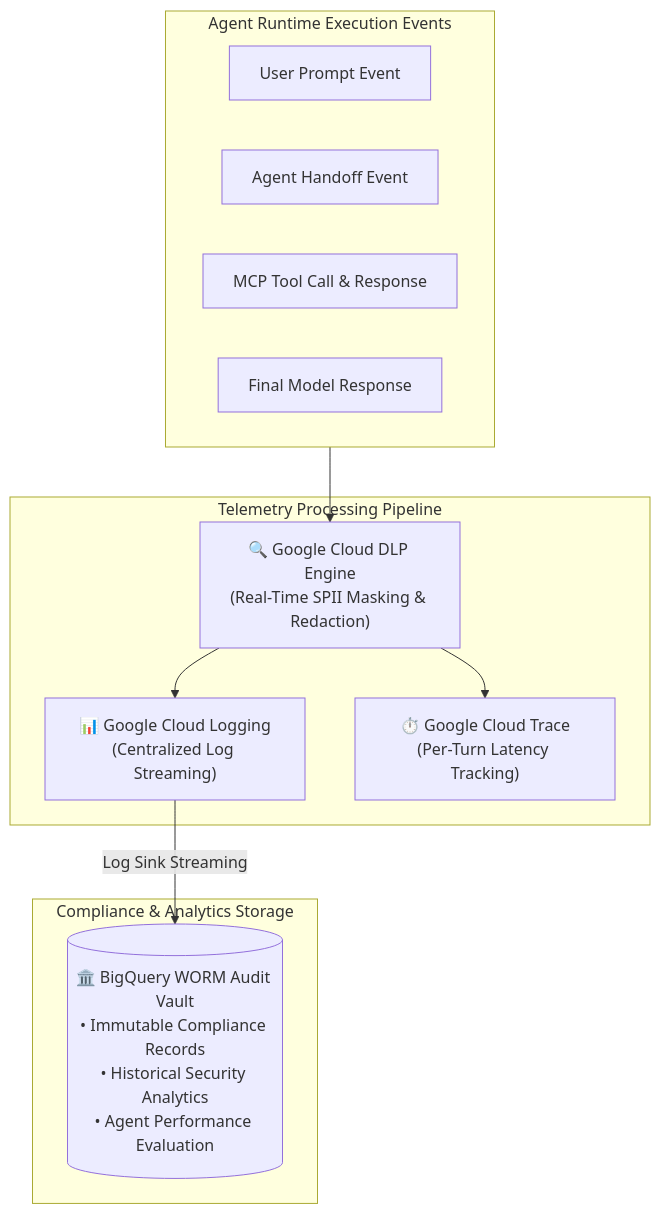
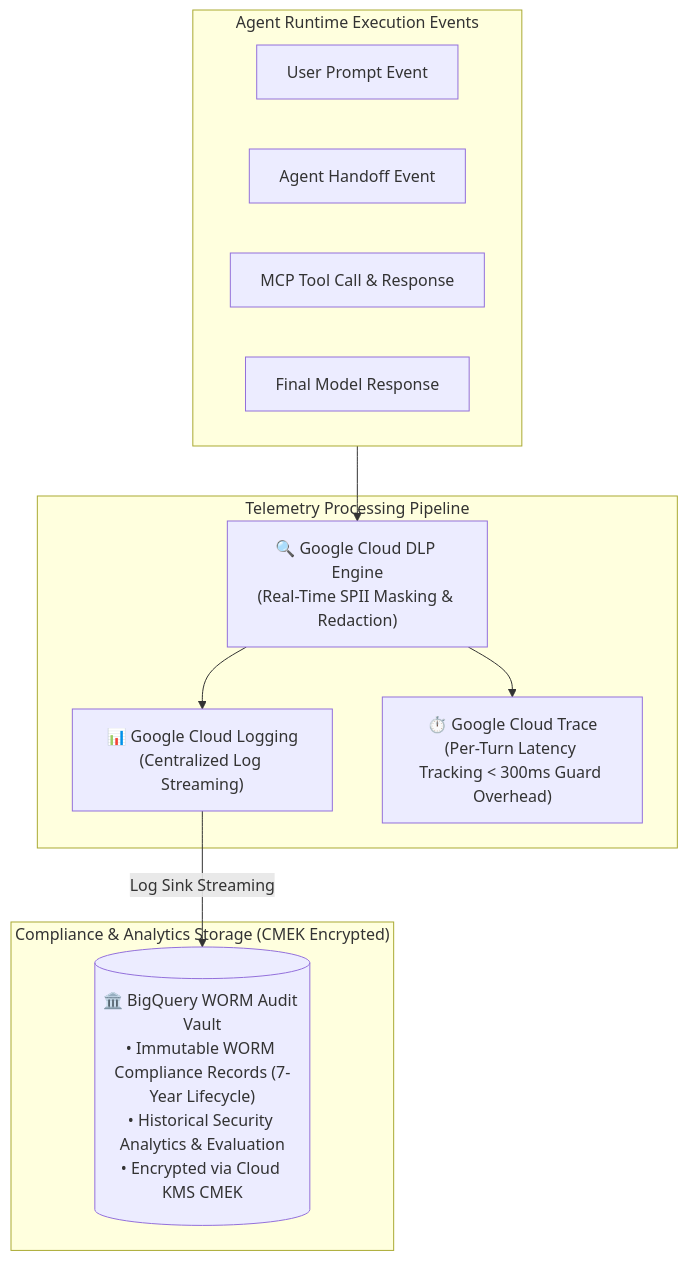
One commit to SushantJagdale/elevate-hr-agentic-solution changed the sixth of 6 diagrams in target_architecture_breakdown.md. Above: the diagram before and after it, drawn with Mermaid. The commit also changed other lines of this file and 2 other files, not shown here.

Commit message:
docs(architecture): align target architecture breakdown with Consolidated SDD and add interactive Archify diagram

````diff
--- a/target_architecture_breakdown.md
+++ b/target_architecture_breakdown.md
@@ -280,24 +296,24 @@
 ```mermaid
 flowchart TD
     subgraph ExecutionEvents ["Agent Runtime Execution Events"]
         PromptEvt["User Prompt Event"]
         TransferEvt["Agent Handoff Event"]
         ToolEvt["MCP Tool Call & Response"]
         OutputEvt["Final Model Response"]
     end
 
     subgraph TelemetryPipeline ["Telemetry Processing Pipeline"]
         DLPScanner["🔍 Google Cloud DLP Engine\n(Real-Time SPII Masking & Redaction)"]
         CloudLogging["📊 Google Cloud Logging\n(Centralized Log Streaming)"]
-        CloudTrace["⏱️ Google Cloud Trace\n(Per-Turn Latency Tracking)"]
+        CloudTrace["⏱️ Google Cloud Trace\n(Per-Turn Latency Tracking < 300ms Guard Overhead)"]
     end
 
-    subgraph LongTermAudit ["Compliance & Analytics Storage"]
-        BigQueryVault[("🏛️ BigQuery WORM Audit Vault\n• Immutable Compliance Records\n• Historical Security Analytics\n• Agent Performance Evaluation")]
+    subgraph LongTermAudit ["Compliance & Analytics Storage (CMEK Encrypted)"]
+        BigQueryVault[("🏛️ BigQuery WORM Audit Vault\n• Immutable WORM Compliance Records (7-Year Lifecycle)\n• Historical Security Analytics & Evaluation\n• Encrypted via Cloud KMS CMEK")]
     end
 
     ExecutionEvents --> DLPScanner
     DLPScanner --> CloudLogging
     DLPScanner --> CloudTrace
     CloudLogging -->|Log Sink Streaming| BigQueryVault
 ```
````
